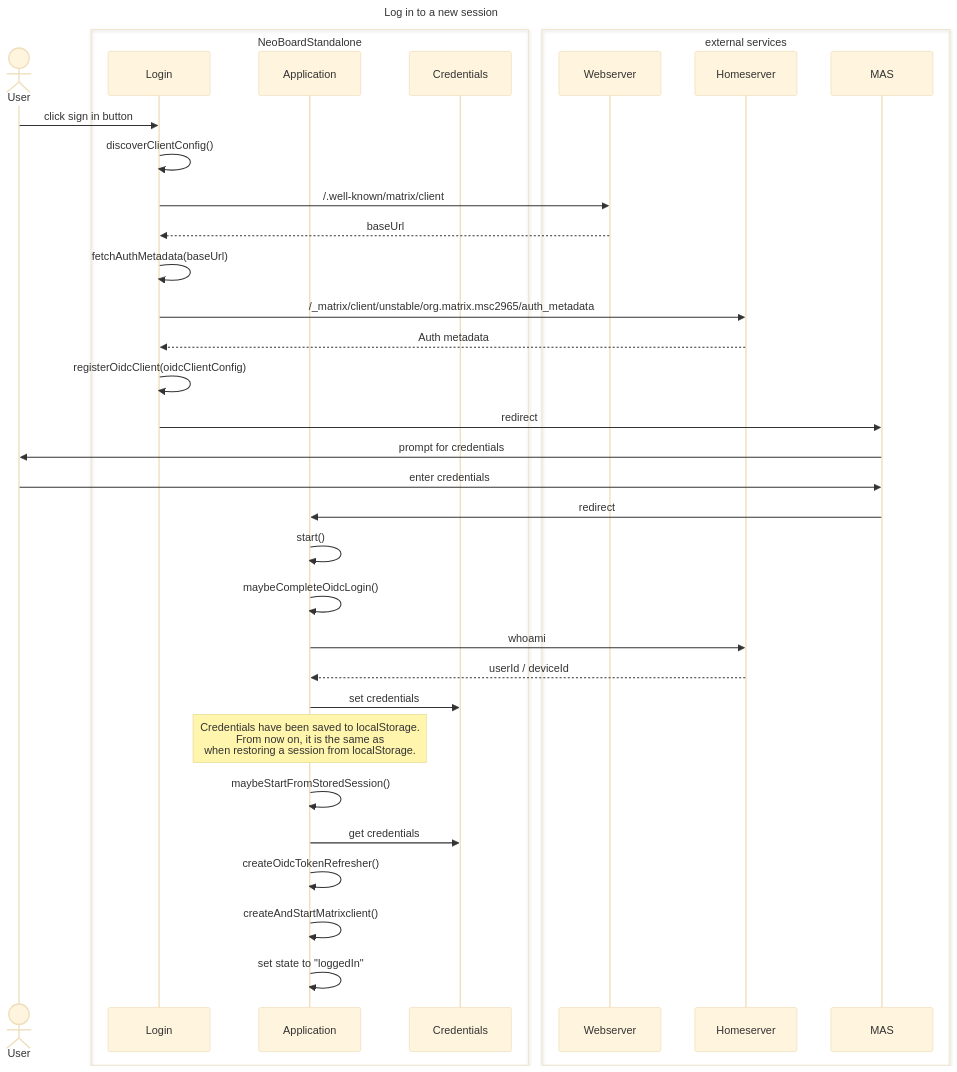
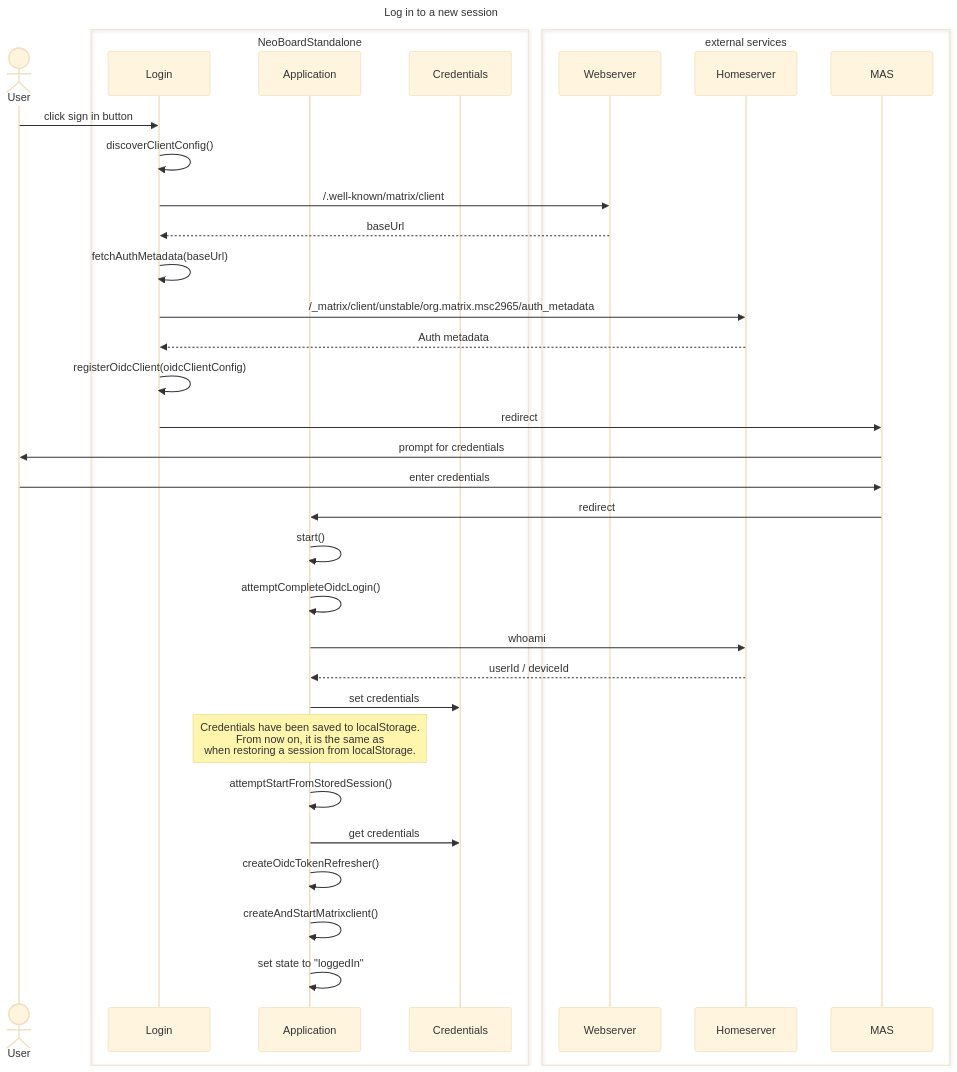
One commit to nordeck/matrix-neoboard-standalone changed the diagram in docs/architecture.md. Above: the diagram before and after it, drawn with Mermaid (base theme). The commit also changed other lines of this file and 58 other files, not shown here.

````diff
--- a/docs/architecture.md
+++ b/docs/architecture.md
@@ -7,42 +7,42 @@
 ```mermaid
 sequenceDiagram
   title: Log in to a new session
 
   actor User
 
   box NeoBoardStandalone
     participant Login
     participant Application
     participant Credentials
   end
 
   box external services
     participant Webserver
     participant Homeserver
     participant MAS
   end
 
   User ->> Login: click sign in button
   Login ->> Login: discoverClientConfig()
   Login ->> Webserver: /.well-known/matrix/client
   Webserver -->> Login: baseUrl
   Login ->> Login: fetchAuthMetadata(baseUrl)
   Login ->> Homeserver: /_matrix/client/unstable/org.matrix.msc2965/auth_metadata
   Homeserver -->> Login: Auth metadata
   Login ->> Login: registerOidcClient(oidcClientConfig)
   Login ->> MAS: redirect
   MAS ->> User: prompt for credentials
   User ->> MAS: enter credentials
   MAS ->> Application: redirect
   Application ->> Application: start()
-  Application ->> Application: maybeCompleteOidcLogin()
+  Application ->> Application: attemptCompleteOidcLogin()
   Application ->> Homeserver: whoami
   Homeserver -->> Application: userId / deviceId
   Application ->> Credentials: set credentials
   Note over Application: Credentials have been saved to localStorage.<br />From now on, it is the same as<br />when restoring a session from localStorage.
-  Application ->> Application: maybeStartFromStoredSession()
+  Application ->> Application: attemptStartFromStoredSession()
   Application ->> Credentials: get credentials
   Application ->> Application: createOidcTokenRefresher()
   Application ->> Application: createAndStartMatrixclient()
   Application ->> Application: set state to "loggedIn"
 ```
````
